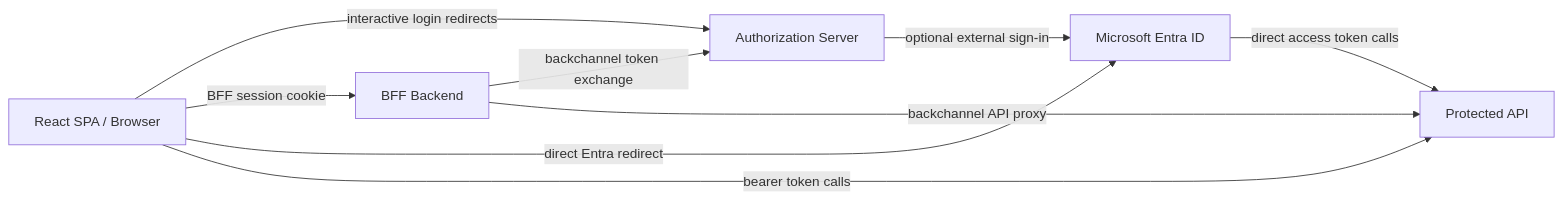
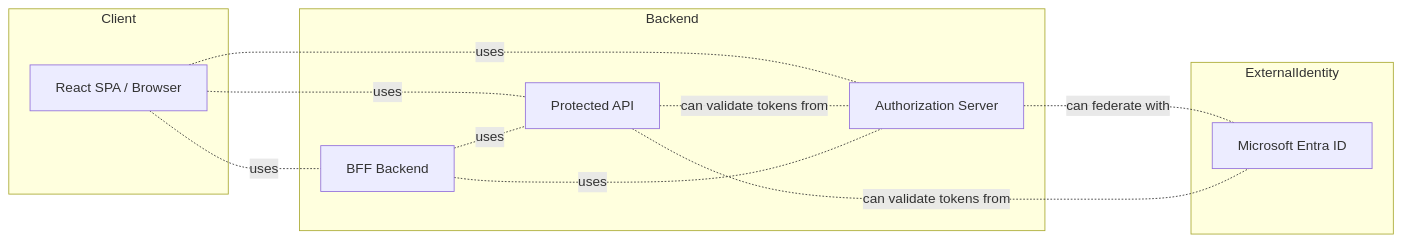
Before and after one commit to haoyucheng369-gif/identity-platform: the first of 6 diagrams in README.md, drawn with Mermaid. The commit also changed other lines of this file, not shown here.

Commit message:
Separate architecture diagram from auth flows

````diff
--- a/README.md
+++ b/README.md
@@ -18,17 +18,25 @@
 ```mermaid
 flowchart LR
-    Browser[React SPA / Browser]
-    BFF[BFF Backend]
-    Auth[Authorization Server]
-    Entra[Microsoft Entra ID]
-    API[Protected API]
+    subgraph Client
+        Browser[React SPA / Browser]
+    end
 
-    Browser -->|interactive login redirects| Auth
-    Browser -->|BFF session cookie| BFF
-    Browser -->|direct Entra redirect| Entra
-    BFF -->|backchannel token exchange| Auth
-    BFF -->|backchannel API proxy| API
-    Auth -->|optional external sign-in| Entra
-    Browser -->|bearer token calls| API
-    Entra -->|direct access token calls| API
+    subgraph Backend
+        Auth[Authorization Server]
+        API[Protected API]
+        BFF[BFF Backend]
+    end
+
+    subgraph ExternalIdentity
+        Entra[Microsoft Entra ID]
+    end
+
+    Browser -. uses .- Auth
+    Browser -. uses .- API
+    Browser -. uses .- BFF
+    Auth -. can federate with .- Entra
+    API -. can validate tokens from .- Auth
+    API -. can validate tokens from .- Entra
+    BFF -. uses .- Auth
+    BFF -. uses .- API
 ```
````
